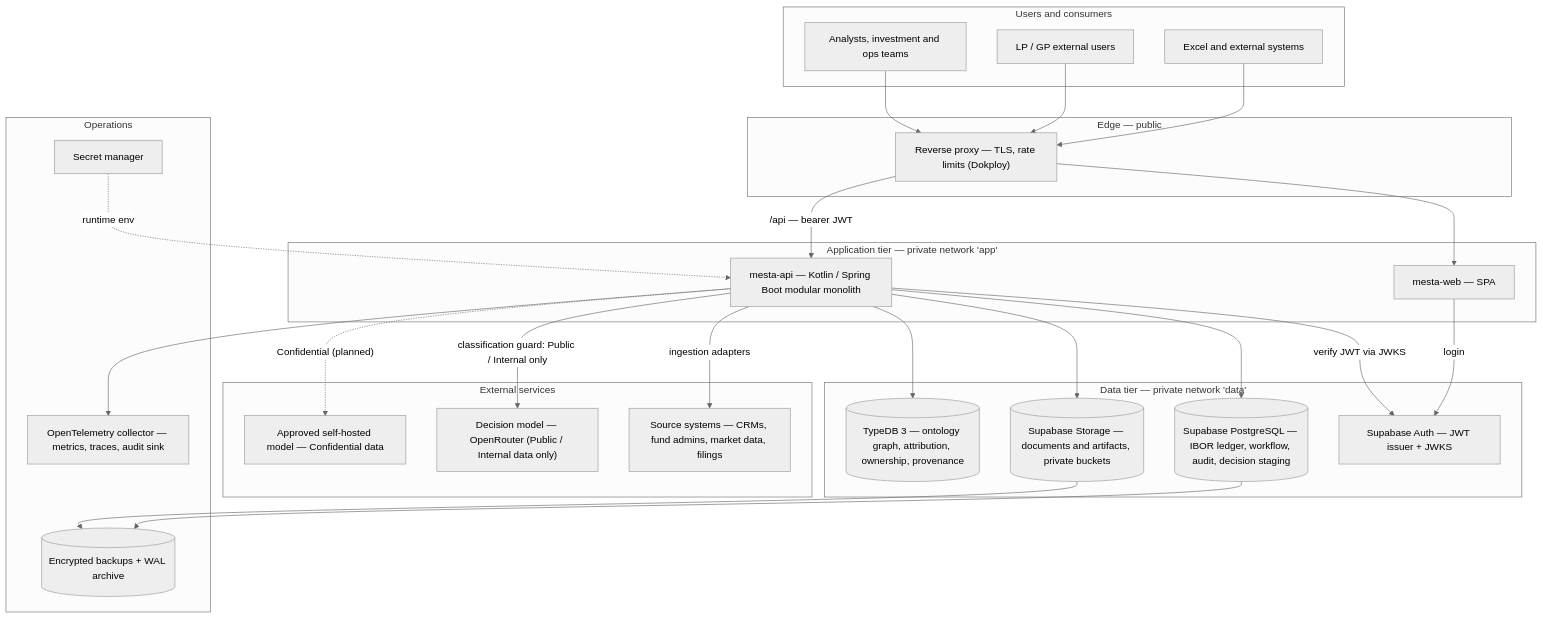
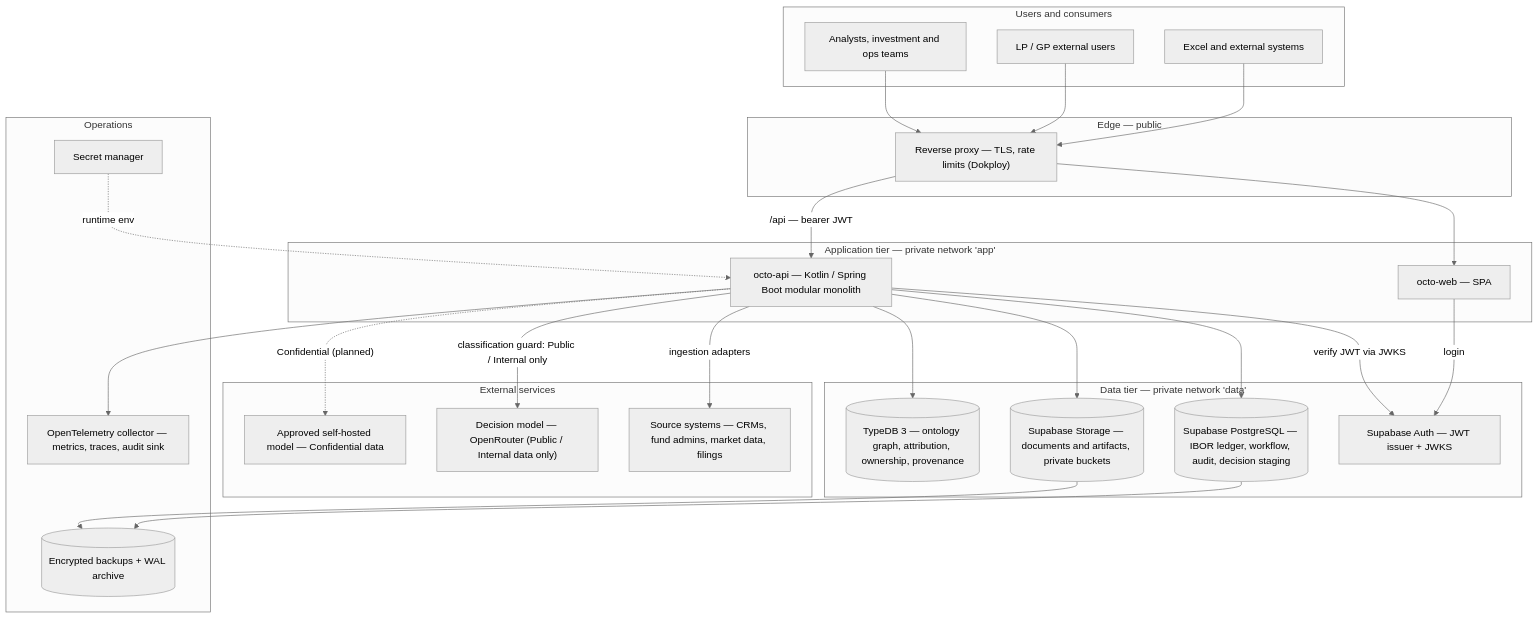
One commit to TANTIRA/OCTO changed the first of 15 diagrams in docs/system-design.md. Above: the diagram before and after it, drawn with Mermaid (neutral theme). The commit also changed other lines of this file and 345 other files, not shown here.

First line of the commit message:
docs: update remaining references from MESTA-ASSET to OCTO in documentation and comments

````diff
--- a/docs/system-design.md
+++ b/docs/system-design.md
@@ -21,53 +21,53 @@
 ```mermaid
 flowchart TB
   subgraph USERS["Users and consumers"]
     AN["Analysts, investment and ops teams"]
     LP["LP / GP external users"]
     XL["Excel and external systems"]
   end
 
   subgraph EDGE["Edge — public"]
     RP["Reverse proxy — TLS, rate limits (Dokploy)"]
   end
 
   subgraph APP["Application tier — private network 'app'"]
-    WEB["mesta-web — SPA"]
-    API["mesta-api — Kotlin / Spring Boot modular monolith"]
+    WEB["octo-web — SPA"]
+    API["octo-api — Kotlin / Spring Boot modular monolith"]
   end
 
   subgraph DATA["Data tier — private network 'data'"]
     PG[("Supabase PostgreSQL — IBOR ledger, workflow, audit, decision staging")]
     AUTH["Supabase Auth — JWT issuer + JWKS"]
     ST[("Supabase Storage — documents and artifacts, private buckets")]
     TDB[("TypeDB 3 — ontology graph, attribution, ownership, provenance")]
   end
 
   subgraph EXT["External services"]
     SRC["Source systems — CRMs, fund admins, market data, filings"]
     LLM["Decision model — OpenRouter (Public / Internal data only)"]
     SHM["Approved self-hosted model — Confidential data"]
   end
 
   subgraph OPS["Operations"]
     OTEL["OpenTelemetry collector — metrics, traces, audit sink"]
     BAK[("Encrypted backups + WAL archive")]
     SEC["Secret manager"]
   end
 
   AN & LP --> RP
   XL --> RP
   RP --> WEB
   RP -->|"/api — bearer JWT"| API
   WEB -->|login| AUTH
   API -->|verify JWT via JWKS| AUTH
   API --> PG
   API --> ST
   API --> TDB
   API -->|ingestion adapters| SRC
   API -->|"classification guard: Public / Internal only"| LLM
   API -.->|"Confidential (planned)"| SHM
   API --> OTEL
   PG --> BAK
   ST --> BAK
   SEC -.->|runtime env| API
 ```
````
